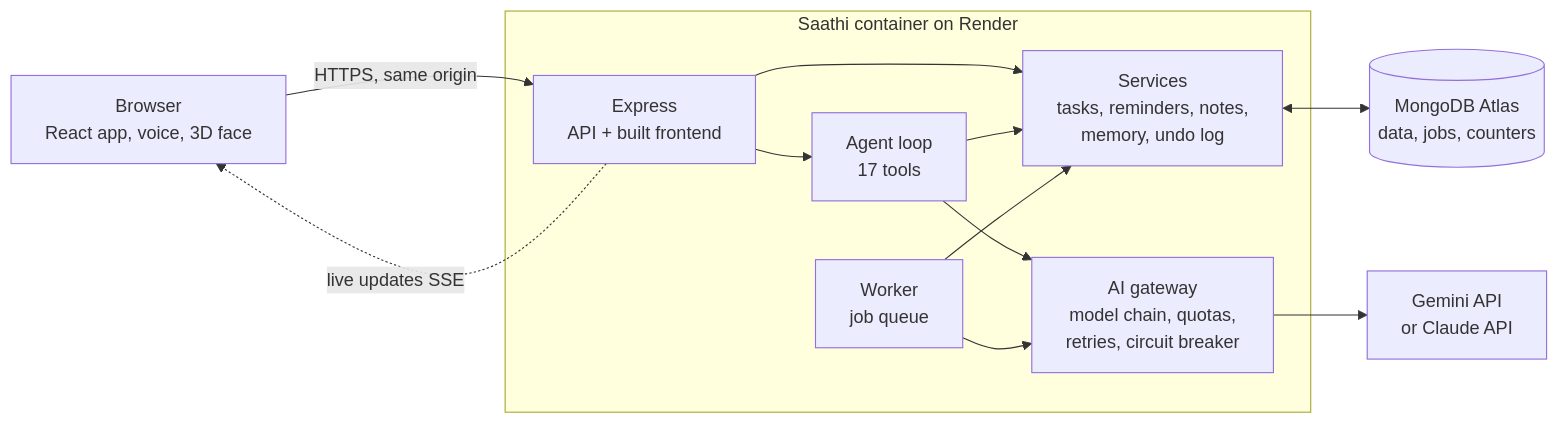
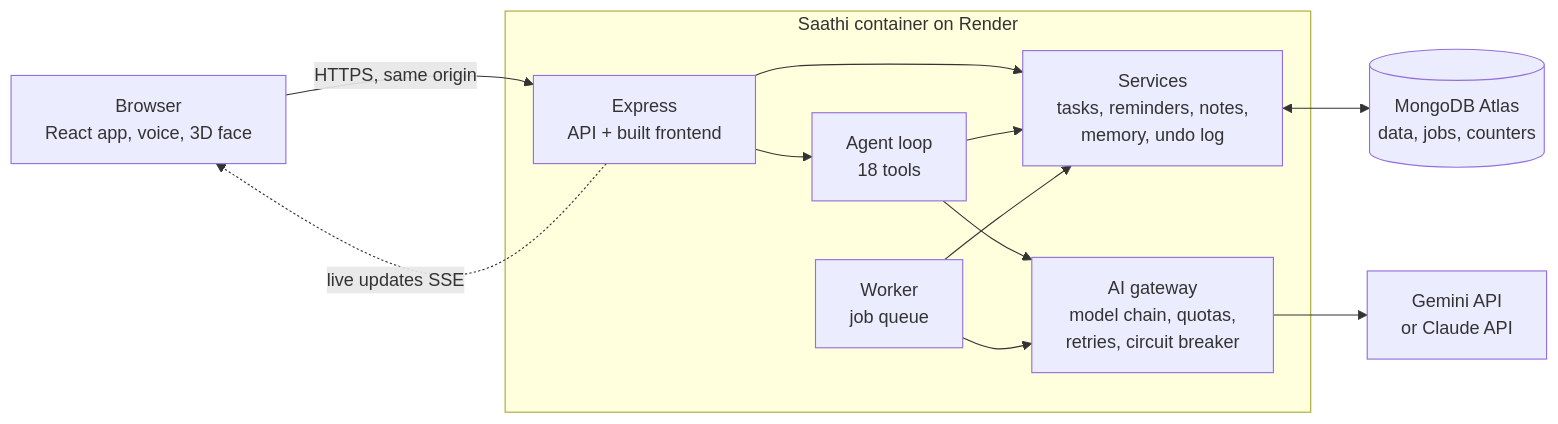
One commit to harisharma81182-hash/saathi changed the diagram in README.md. Above: the diagram before and after it, drawn with Mermaid. The commit also changed other lines of this file and 5 other files, not shown here.

````diff
--- a/README.md
+++ b/README.md
@@ -90,15 +104,15 @@
 ```mermaid
 flowchart LR
     U[Browser<br/>React app, voice, 3D face] -- HTTPS, same origin --> W
     subgraph R[Saathi container on Render]
         W[Express<br/>API + built frontend] --> S[Services<br/>tasks, reminders, notes,<br/>memory, undo log]
-        W --> A[Agent loop<br/>17 tools]
+        W --> A[Agent loop<br/>18 tools]
         A --> S
         A --> G[AI gateway<br/>model chain, quotas,<br/>retries, circuit breaker]
         J[Worker<br/>job queue] --> S
         J --> G
     end
     S <--> M[(MongoDB Atlas<br/>data, jobs, counters)]
     G --> AI[Gemini API<br/>or Claude API]
     W -. live updates SSE .-> U
 ```
````
